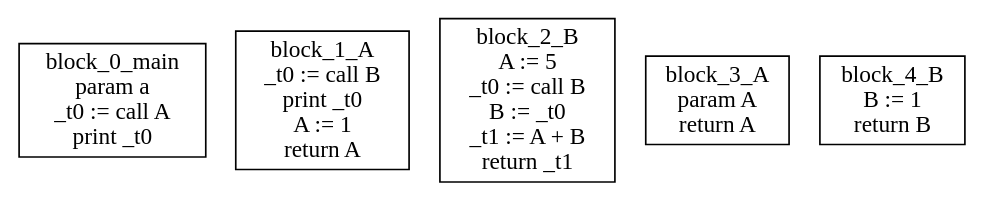
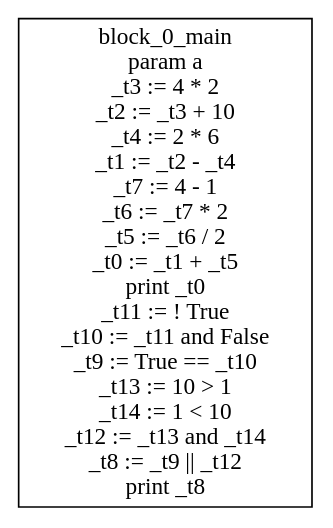
One commit to MorrisSimons/SCH_DV1655_kompilator changed the diagram in cfg.dot. Above: the diagram before and after it, drawn with Graphviz. The commit also changed 47 other files, not shown here.

```diff
--- a/cfg.dot
+++ b/cfg.dot
@@ -1,8 +1,4 @@
 digraph {
 	node [shape=box];
-	block_0_main [label="block_0_main\nparam a\n_t0 := call A\nprint _t0\n"];
-	block_1_A [label="block_1_A\n_t0 := call B\nprint _t0\nA := 1\nreturn A\n"];
-	block_2_B [label="block_2_B\nA := 5\n_t0 := call B\nB := _t0\n_t1 := A + B\nreturn _t1\n"];
-	block_3_A [label="block_3_A\nparam A\nreturn A\n"];
-	block_4_B [label="block_4_B\nB := 1\nreturn B\n"];
+	block_0_main [label="block_0_main\nparam a\n_t3 := 4 * 2\n_t2 := _t3 + 10\n_t4 := 2 * 6\n_t1 := _t2 - _t4\n_t7 := 4 - 1\n_t6 := _t7 * 2\n_t5 := _t6 / 2\n_t0 := _t1 + _t5\nprint _t0\n_t11 := ! True\n_t10 := _t11 and False\n_t9 := True == _t10\n_t13 := 10 > 1\n_t14 := 1 < 10\n_t12 := _t13 and _t14\n_t8 := _t9 || _t12\nprint _t8\n"];
 }
```
